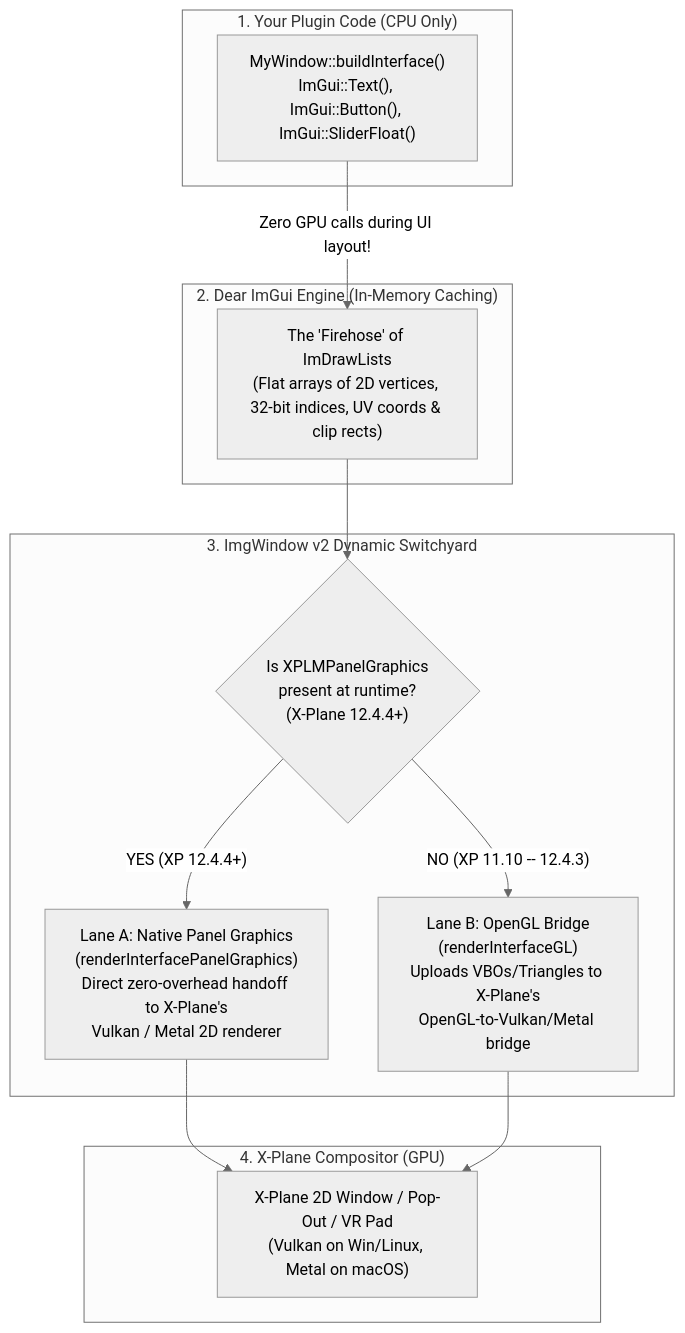
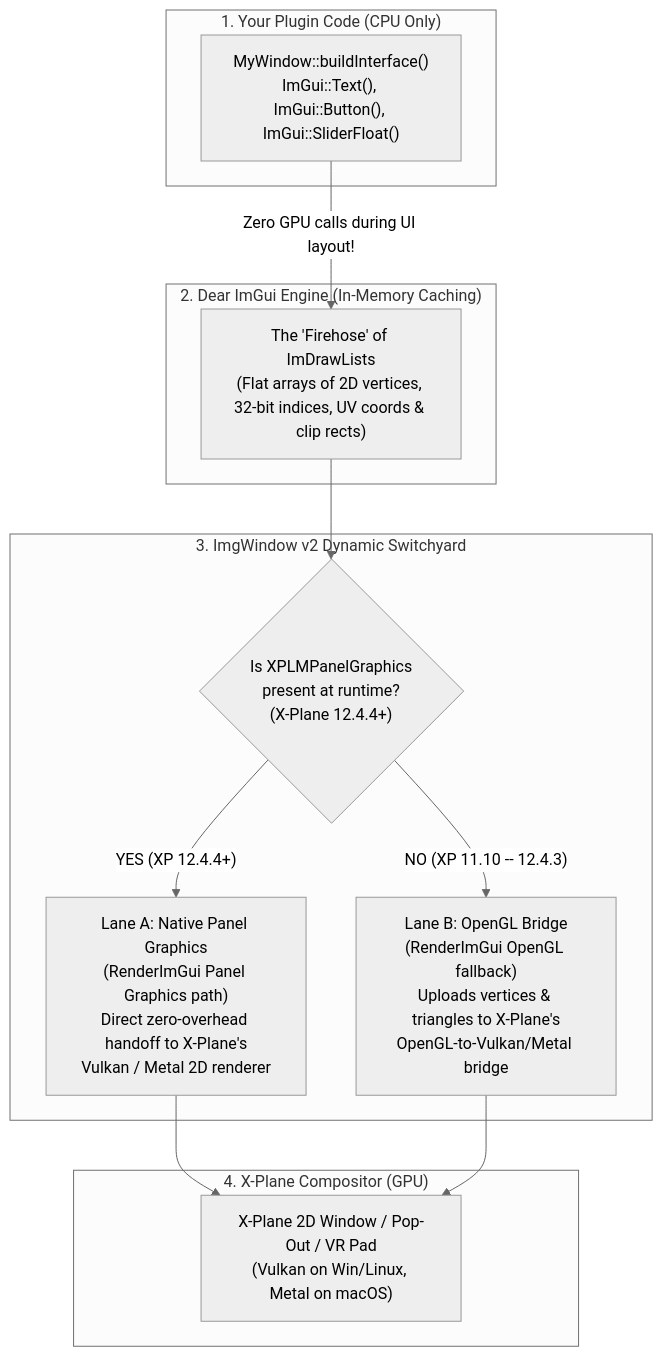
One commit to slgoldberg/ImgWindow changed the second of 2 diagrams in docs/how-to/Ground-School.md. Above: the diagram before and after it, drawn with Mermaid (neutral theme). The commit also changed other lines of this file and 12 other files, not shown here.

````diff
--- a/docs/how-to/Ground-School.md
+++ b/docs/how-to/Ground-School.md
@@ -160,27 +161,27 @@
 ```mermaid
 flowchart TD
     subgraph Phase1["1. Your Plugin Code (CPU Only)"]
         UI["MyWindow::buildInterface()\nImGui::Text(), ImGui::Button(), ImGui::SliderFloat()"]
     end
 
     subgraph Phase2["2. Dear ImGui Engine (In-Memory Caching)"]
         Firehose["The 'Firehose' of ImDrawLists\n(Flat arrays of 2D vertices, 32-bit indices, UV coords & clip rects)"]
     end
 
     subgraph Phase3["3. ImgWindow v2 Dynamic Switchyard"]
         Router{"Is XPLMPanelGraphics\npresent at runtime?\n(X-Plane 12.4.4+)"}
-        PG["Lane A: Native Panel Graphics\n(renderInterfacePanelGraphics)\nDirect zero-overhead handoff to X-Plane's\nVulkan / Metal 2D renderer"]
-        GL["Lane B: OpenGL Bridge\n(renderInterfaceGL)\nUploads VBOs/Triangles to X-Plane's\nOpenGL-to-Vulkan/Metal bridge"]
+        PG["Lane A: Native Panel Graphics\n(RenderImGui Panel Graphics path)\nDirect zero-overhead handoff to X-Plane's\nVulkan / Metal 2D renderer"]
+        GL["Lane B: OpenGL Bridge\n(RenderImGui OpenGL fallback)\nUploads vertices & triangles to X-Plane's\nOpenGL-to-Vulkan/Metal bridge"]
     end
 
     subgraph Phase4["4. X-Plane Compositor (GPU)"]
         Screen["X-Plane 2D Window / Pop-Out / VR Pad\n(Vulkan on Win/Linux, Metal on macOS)"]
     end
 
     UI -->|"Zero GPU calls during UI layout!"| Firehose
     Firehose --> Router
     Router -->|"YES (XP 12.4.4+)"| PG
     Router -->|"NO (XP 11.10 -- 12.4.3)"| GL
     PG --> Screen
     GL --> Screen
 ```
````
